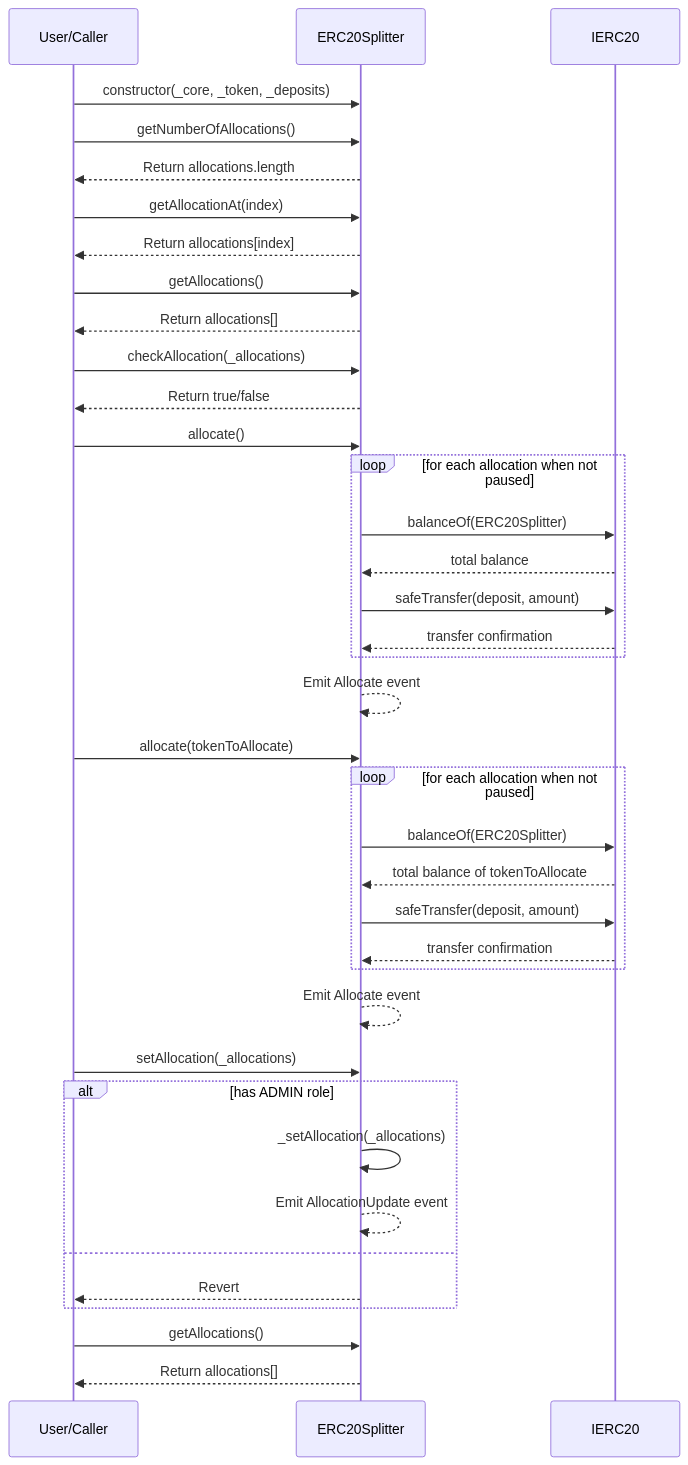
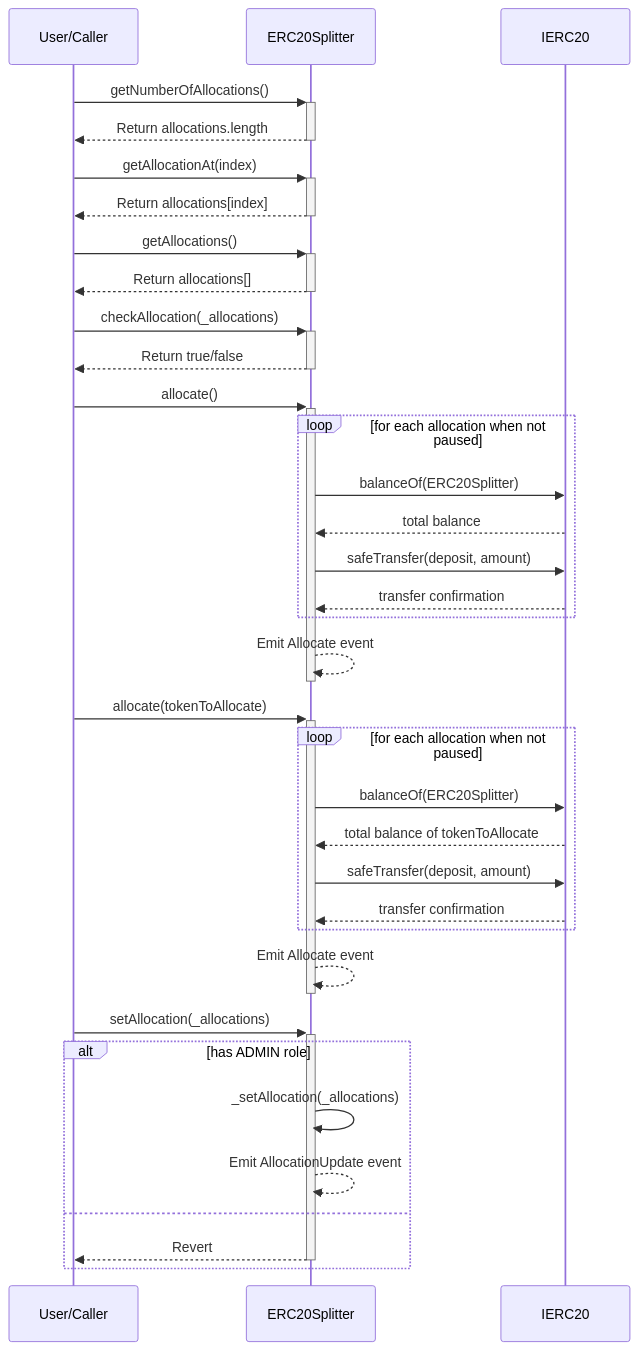
The second of 2 diagrams in doc/contracts/finance/ERC20Splitter.md (ZTX-Foundation/tuxedo), drawn with Mermaid before and after one commit. The commit also changed 12 other files, not shown here.

Commit message:
feat: updated sequence diagrams

````diff
--- a/doc/contracts/finance/ERC20Splitter.md
+++ b/doc/contracts/finance/ERC20Splitter.md
@@ -19,49 +19,44 @@
 ```mermaid
 sequenceDiagram
     participant User as User/Caller
     participant ERC20Splitter
     participant IERC20
 
-    User->>ERC20Splitter: constructor(_core, _token, _deposits)
+    User->>+ERC20Splitter: getNumberOfAllocations()
+    ERC20Splitter-->>-User: Return allocations.length
     
-    User->>ERC20Splitter: getNumberOfAllocations()
-    ERC20Splitter-->>User: Return allocations.length
+    User->>+ERC20Splitter: getAllocationAt(index)
+    ERC20Splitter-->>-User: Return allocations[index]
     
-    User->>ERC20Splitter: getAllocationAt(index)
-    ERC20Splitter-->>User: Return allocations[index]
+    User->>+ERC20Splitter: getAllocations()
+    ERC20Splitter-->>-User: Return allocations[]
     
-    User->>ERC20Splitter: getAllocations()
-    ERC20Splitter-->>User: Return allocations[]
-    
-    User->>ERC20Splitter: checkAllocation(_allocations)
-    ERC20Splitter-->>User: Return true/false
+    User->>+ERC20Splitter: checkAllocation(_allocations)
+    ERC20Splitter-->>-User: Return true/false
 
-    User->>ERC20Splitter: allocate()
+    User->>+ERC20Splitter: allocate()
     loop for each allocation when not paused
         ERC20Splitter->>IERC20: balanceOf(ERC20Splitter)
         IERC20-->>ERC20Splitter: total balance
         ERC20Splitter->>IERC20: safeTransfer(deposit, amount)
         IERC20-->>ERC20Splitter: transfer confirmation
     end
-    ERC20Splitter-->>ERC20Splitter: Emit Allocate event
+    ERC20Splitter-->>-ERC20Splitter: Emit Allocate event
 
-    User->>ERC20Splitter: allocate(tokenToAllocate)
+    User->>+ERC20Splitter: allocate(tokenToAllocate)
     loop for each allocation when not paused
         ERC20Splitter->>IERC20: balanceOf(ERC20Splitter)
         IERC20-->>ERC20Splitter: total balance of tokenToAllocate
         ERC20Splitter->>IERC20: safeTransfer(deposit, amount)
         IERC20-->>ERC20Splitter: transfer confirmation
     end
-    ERC20Splitter-->>ERC20Splitter: Emit Allocate event
+    ERC20Splitter-->>-ERC20Splitter: Emit Allocate event
 
-    User->>ERC20Splitter: setAllocation(_allocations)
+    User->>+ERC20Splitter: setAllocation(_allocations)
     alt has ADMIN role
         ERC20Splitter->>ERC20Splitter: _setAllocation(_allocations)
         ERC20Splitter-->>ERC20Splitter: Emit AllocationUpdate event
     else
-        ERC20Splitter-->>User: Revert
+        ERC20Splitter-->>-User: Revert
     end
-
-    User->>ERC20Splitter: getAllocations()
-    ERC20Splitter-->>User: Return allocations[]
 ```
````
